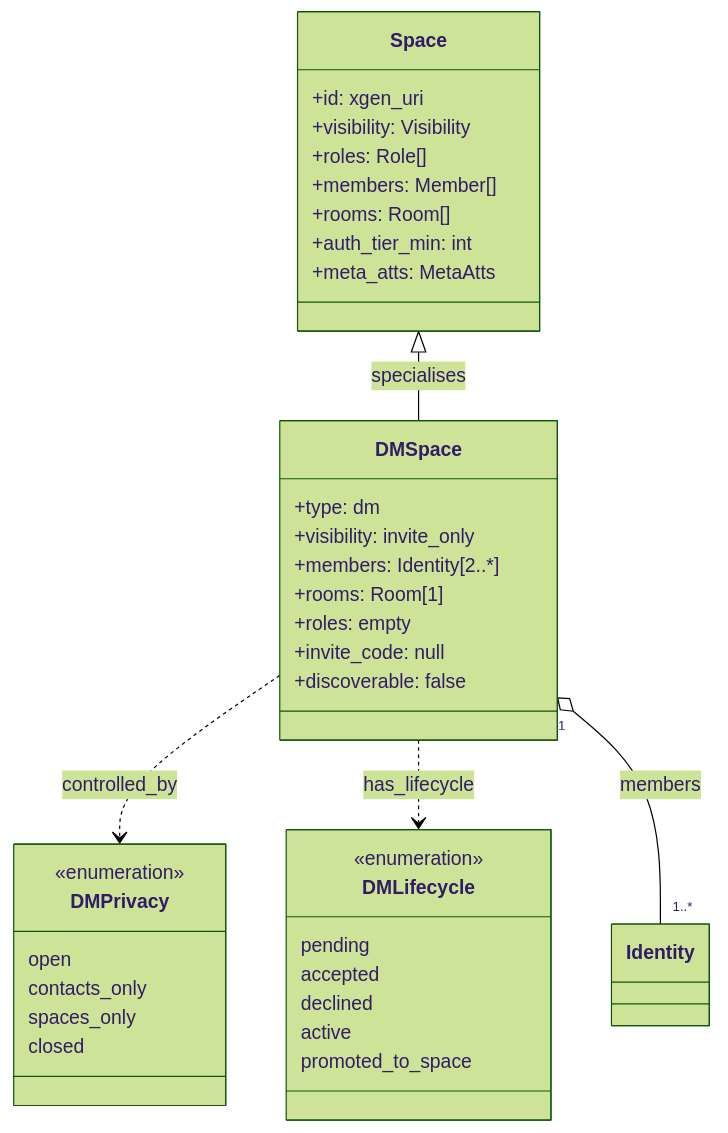
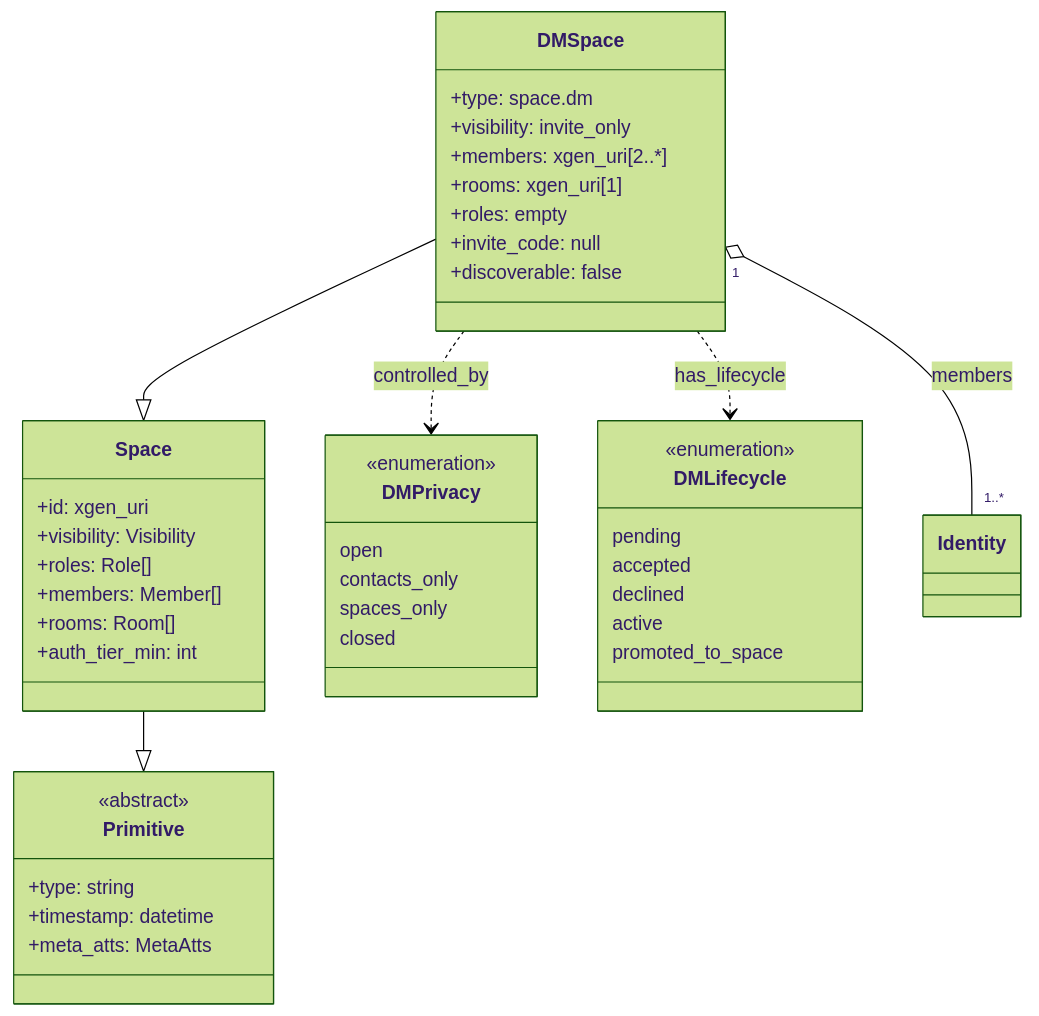
One commit to ianus777/XGenProtocol changed diagram 11 of 15 in docs/xgen_appendix_c_en.md. Above: the diagram before and after it, drawn with Mermaid (forest theme). The commit also changed other lines of this file and 1 other file, not shown here.

````diff
--- a/docs/xgen_appendix_c_en.md
+++ b/docs/xgen_appendix_c_en.md
@@ -736,41 +871,47 @@
 ```mermaid
 classDiagram
+    class Primitive {
+        <<abstract>>
+        +type: string
+        +timestamp: datetime
+        +meta_atts: MetaAtts
+    }
     class Space {
         +id: xgen_uri
         +visibility: Visibility
         +roles: Role[]
         +members: Member[]
         +rooms: Room[]
         +auth_tier_min: int
-        +meta_atts: MetaAtts
     }
     class DMSpace {
-        +type: dm
+        +type: space.dm
         +visibility: invite_only
-        +members: Identity[2..*]
-        +rooms: Room[1]
+        +members: xgen_uri[2..*]
+        +rooms: xgen_uri[1]
         +roles: empty
         +invite_code: null
         +discoverable: false
     }
     class DMPrivacy {
         <<enumeration>>
         open
         contacts_only
         spaces_only
         closed
     }
     class DMLifecycle {
         <<enumeration>>
         pending
         accepted
         declined
         active
         promoted_to_space
     }
 
-    Space <|-- DMSpace : specialises
+    Space --|> Primitive
+    DMSpace --|> Space
     DMSpace ..> DMPrivacy : controlled_by
     DMSpace ..> DMLifecycle : has_lifecycle
     DMSpace "1" o-- "1..*" Identity : members
 ```
````
